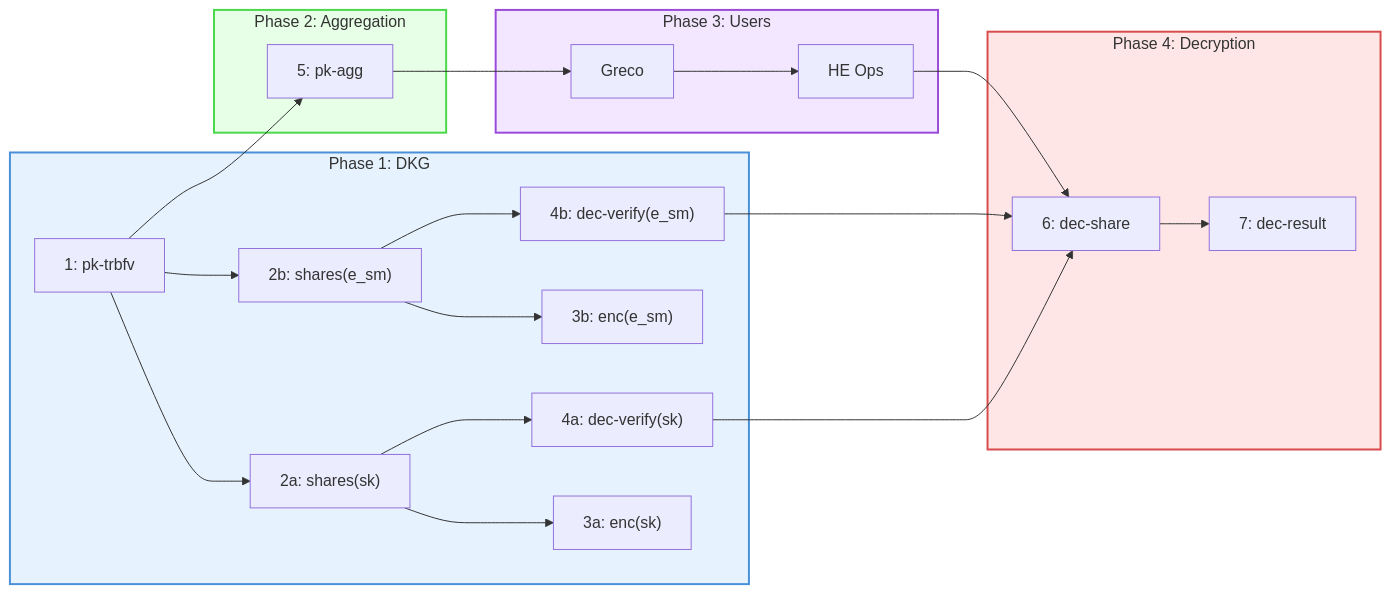
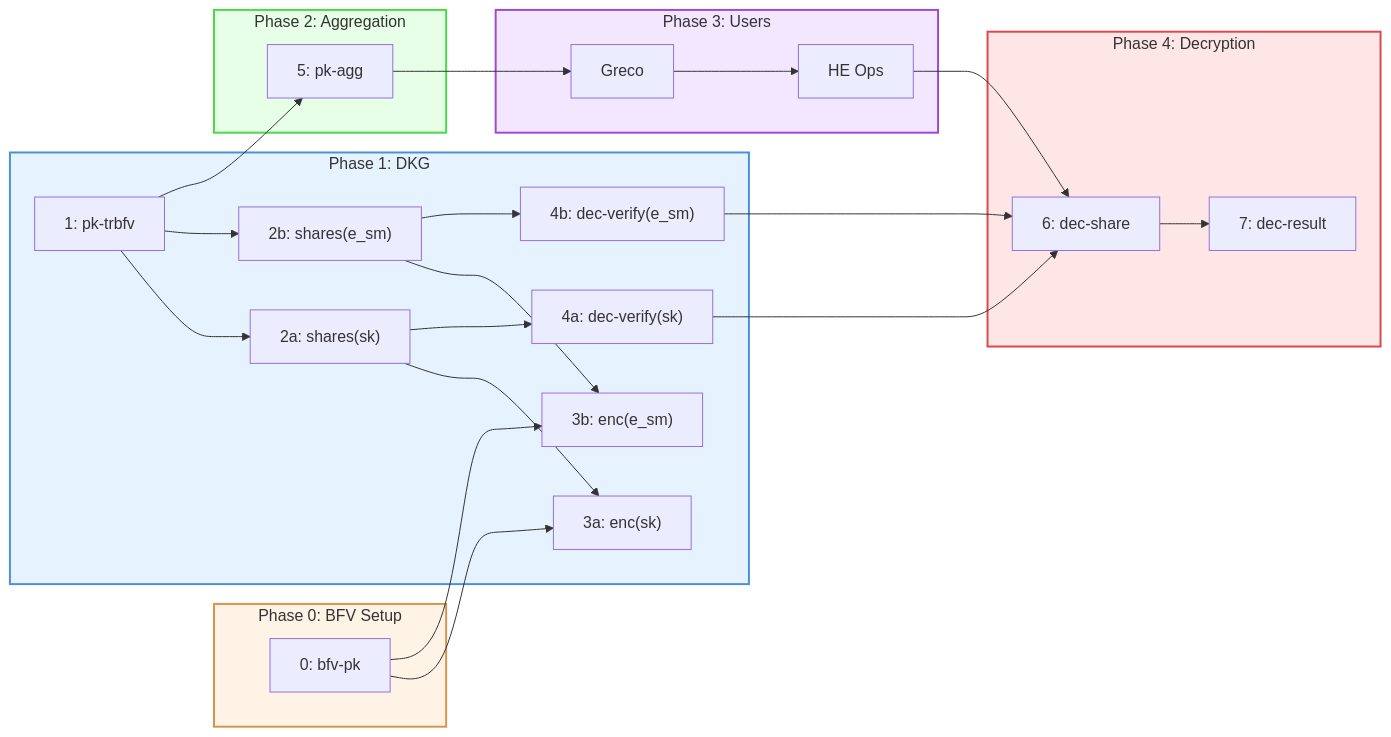
One commit to gnosisguild/pvss changed the second of 3 diagrams in circuits/README.md. Above: the diagram before and after it, drawn with Mermaid. The commit also changed other lines of this file, not shown here.

````diff
--- a/circuits/README.md
+++ b/circuits/README.md
@@ -216,46 +233,53 @@
 ```mermaid
 flowchart LR
+    subgraph Phase0["Phase 0: BFV Setup"]
+        C0["0: bfv-pk"]
+    end
+
     subgraph Phase1["Phase 1: DKG"]
         C1["1: pk-trbfv"]
         C2a["2a: shares(sk)"]
         C2b["2b: shares(e_sm)"]
         C3a["3a: enc(sk)"]
         C3b["3b: enc(e_sm)"]
         C4a["4a: dec-verify(sk)"]
         C4b["4b: dec-verify(e_sm)"]
         
         C1 --> C2a
         C1 --> C2b
         C2a --> C3a
         C2b --> C3b
         C2a --> C4a
         C2b --> C4b
     end
     
     subgraph Phase2["Phase 2: Aggregation"]
         C5["5: pk-agg"]
     end
     
     subgraph Phase3["Phase 3: Users"]
         Greco["Greco"]
         HE["HE Ops"]
         Greco --> HE
     end
     
     subgraph Phase4["Phase 4: Decryption"]
         C6["6: dec-share"]
         C7["7: dec-result"]
         C6 --> C7
     end
     
+    C0 --> C3a
+    C0 --> C3b
     C1 --> C5
     C5 --> Greco
     HE --> C6
     C4a --> C6
     C4b --> C6
 
+    style Phase0 fill:#fff3e6,stroke:#d9944a,stroke-width:2px
     style Phase1 fill:#e6f3ff,stroke:#4a90d9,stroke-width:2px
     style Phase2 fill:#e6ffe6,stroke:#4ad94a,stroke-width:2px
     style Phase3 fill:#f3e6ff,stroke:#9a4ad9,stroke-width:2px
     style Phase4 fill:#ffe6e6,stroke:#d94a4a,stroke-width:2px
 ```
````
